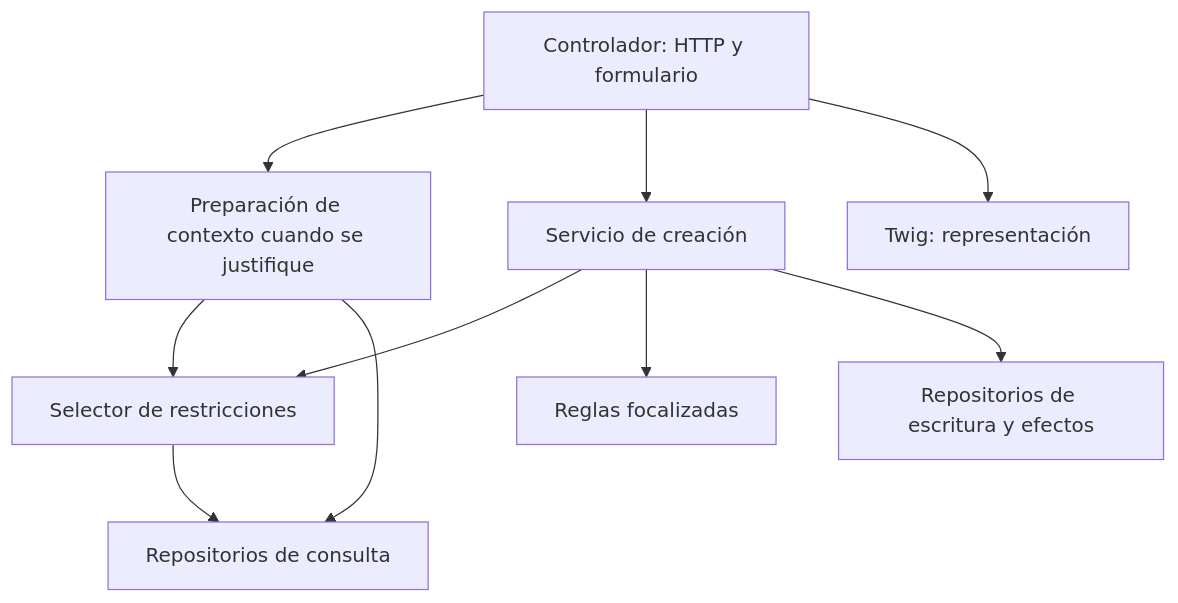
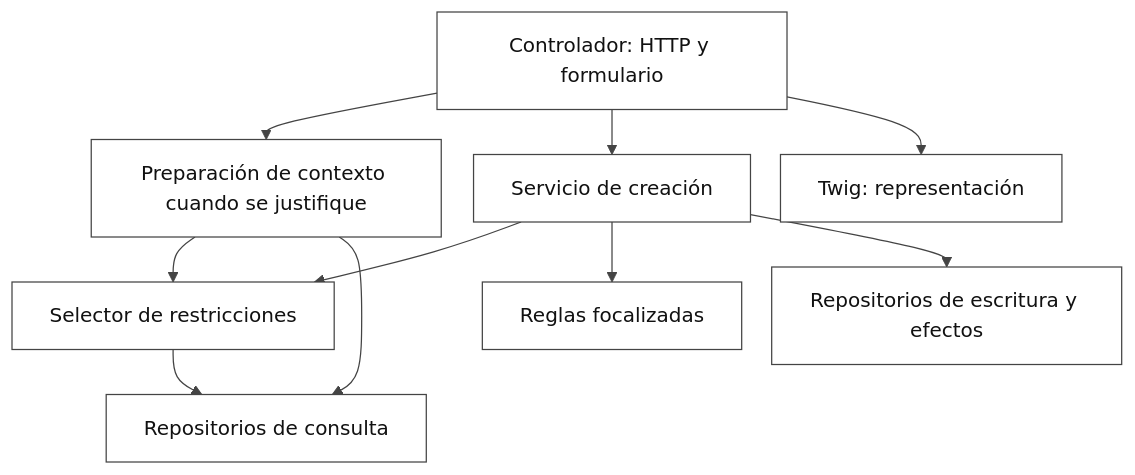
The third of 4 diagrams in entrega_alsie/IFI_ALSIE.md (mariouriarte/kit-tesis-design-science), drawn with Mermaid before and after one commit. The commit also changed other lines of this file and 5 other files, not shown here.

````diff
--- a/entrega_alsie/IFI_ALSIE.md
+++ b/entrega_alsie/IFI_ALSIE.md
@@ -767,12 +773,13 @@
 ```mermaid
+%%{init: {"theme":"base","fontFamily":"Arial","themeVariables":{"fontFamily":"Arial","fontSize":"16px","primaryColor":"#ffffff","primaryTextColor":"#111111","primaryBorderColor":"#444444","lineColor":"#444444","edgeLabelBackground":"#ffffff"},"flowchart":{"htmlLabels":false,"nodeSpacing":24,"rankSpacing":24,"diagramPadding":8,"wrappingWidth":220}}}%%
 flowchart TD
     C[Controlador: HTTP y formulario] --> P[Preparación de contexto cuando se justifique]
     C --> A[Servicio de creación]
     P --> R[Selector de restricciones]
     A --> R
     P --> Q[Repositorios de consulta]
     R --> Q
     A --> B[Reglas focalizadas]
     A --> E[Repositorios de escritura y efectos]
     C --> V[Twig: representación]
 ```
````
